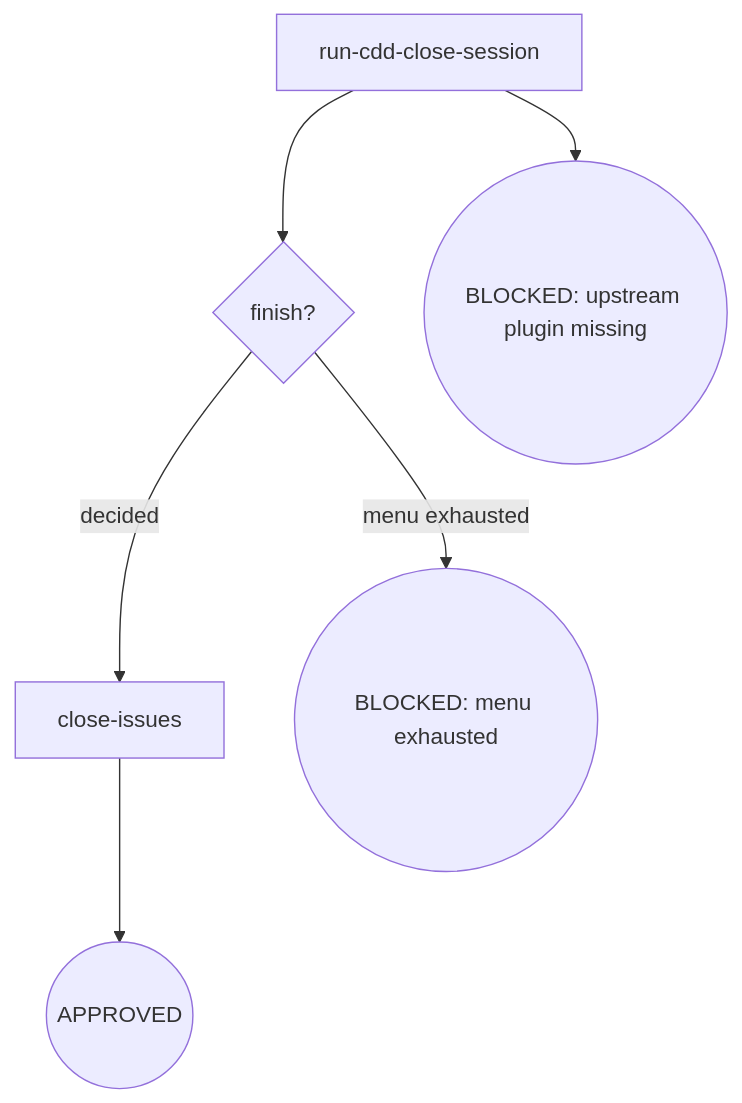
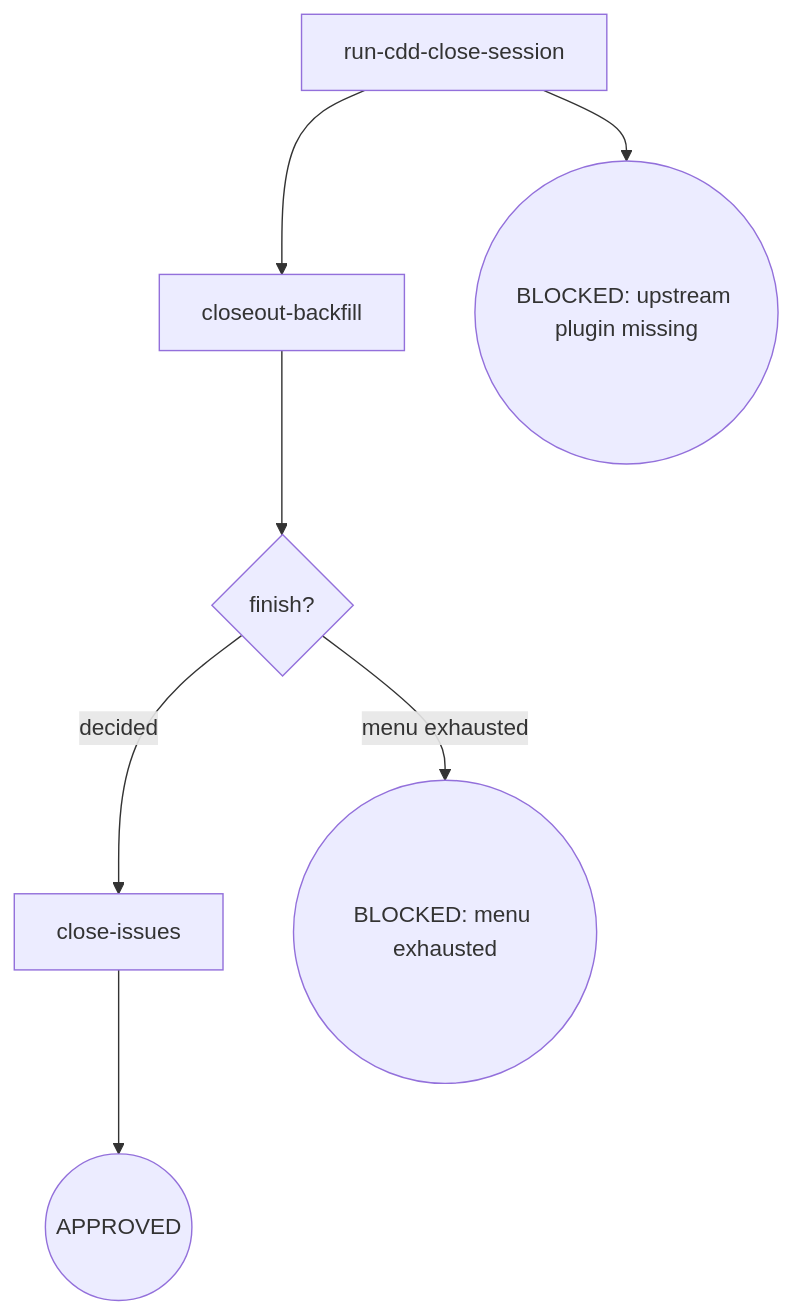
One commit to Oscaner/skills changed the diagram in packages/kairos/skills/cdd-close/SKILL.md. Above: the diagram before and after it, drawn with Mermaid. The commit also changed other lines of this file and 2 other files, not shown here.

Commit message:
feat(kairos): cdd-close 关卷前置——closeout backfill 先落档提交，finish 决策（merge/PR/keep/discard）后行（I4）

````diff
--- a/packages/kairos/skills/cdd-close/SKILL.md
+++ b/packages/kairos/skills/cdd-close/SKILL.md
@@ -14,8 +14,9 @@
 ```mermaid
 flowchart TD
-  A[run-cdd-close-session] --> F{finish?}
+  A[run-cdd-close-session] --> B[closeout-backfill]
   A --> Z1((BLOCKED: upstream plugin missing))
+  B --> F{finish?}
   F -->|decided| C[close-issues]
   F -->|menu exhausted| Z2((BLOCKED: menu exhausted))
   C --> K((APPROVED))
 ```
````
